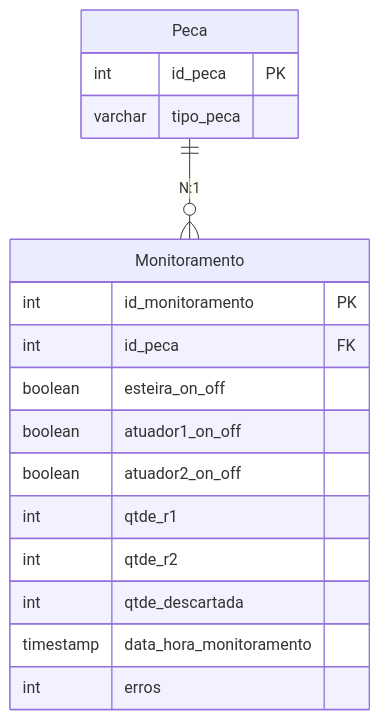
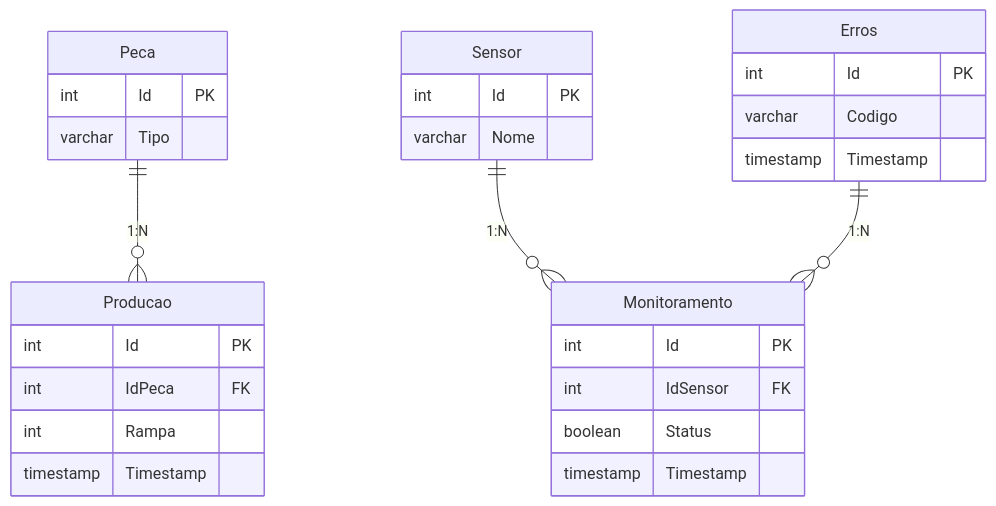
The diagram in DiagramaER/diagram.md (DevelopmentIOT3SEM/DevelopmentIOT), drawn with Mermaid before and after one commit.

Commit message:
docs: update ER diagram

````diff
--- a/DiagramaER/diagram.md
+++ b/DiagramaER/diagram.md
@@ -1,24 +1,39 @@
 ```mermaid
 erDiagram
 
-   Peca {
-     int id_peca PK
-     varchar tipo_peca
-   }
+    Peca {
+      int Id PK
+      varchar Tipo
+    }
 
-   Monitoramento {
-     int id_monitoramento PK
-     int id_peca FK
-     boolean esteira_on_off
-     boolean atuador1_on_off
-     boolean atuador2_on_off 
-     int qtde_r1
-     int qtde_r2
-     int qtde_descartada
-     timestamp data_hora_monitoramento
-     int erros
-   }
+    Sensor {
+      int Id PK
+      varchar Nome
+    }
 
-   
-   Peca ||--o{ Monitoramento : "N:1"
+    Erros {
+      int Id PK
+      varchar Codigo
+      timestamp Timestamp
+    }
+
+    Monitoramento {
+      int Id PK
+      int IdSensor FK
+      boolean Status
+      timestamp Timestamp
+    }
+
+    Producao {
+      int Id PK
+      int IdPeca FK
+      int Rampa
+      timestamp Timestamp
+    }
+
+    Peca ||--o{ Producao : "1:N"
+    Sensor ||--o{ Monitoramento : "1:N"
+    Erros ||--o{ Monitoramento : "1:N"
+
+
 ```
````
